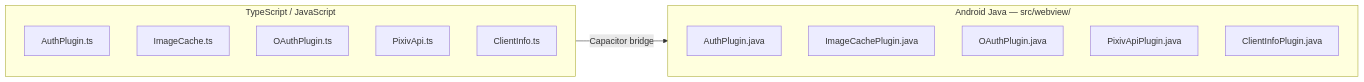
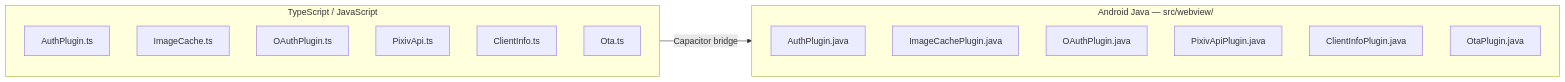
One commit to a1121611810/Pictelio changed the first of 2 diagrams in openwiki/integrations/android-native.md. Above: the diagram before and after it, drawn with Mermaid. The commit also changed other lines of this file and 4 other files, not shown here.

````diff
--- a/openwiki/integrations/android-native.md
+++ b/openwiki/integrations/android-native.md
@@ -39,18 +39,20 @@
 ```mermaid
 flowchart LR
     subgraph TS[TypeScript / JavaScript]
         A[AuthPlugin.ts]
         I[ImageCache.ts]
         O[OAuthPlugin.ts]
         P[PixivApi.ts]
         C[ClientInfo.ts]
+        OT[Ota.ts]
     end
     subgraph Java[Android Java — src/webview/]
         JA[AuthPlugin.java]
         JI[ImageCachePlugin.java]
         JO[OAuthPlugin.java]
         JP[PixivApiPlugin.java]
         JC[ClientInfoPlugin.java]
+        JOt[OtaPlugin.java]
     end
     TS -->|Capacitor bridge| Java
 ```
````
